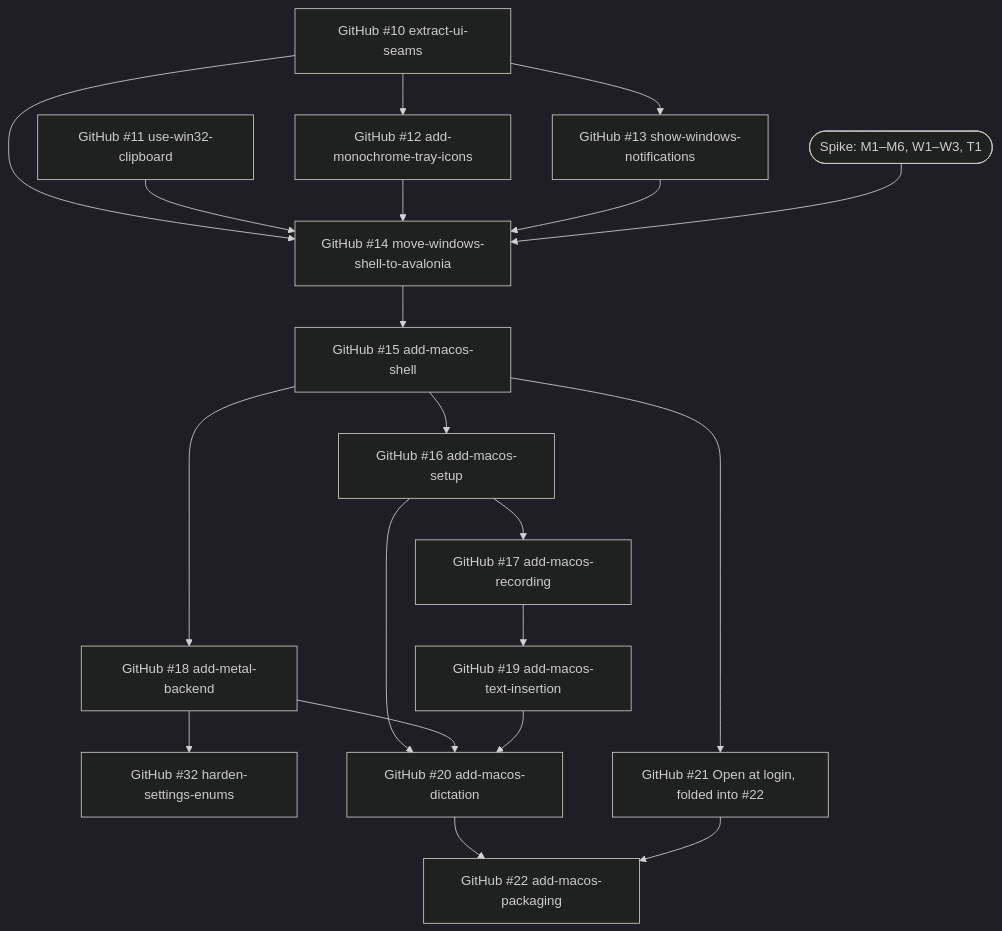
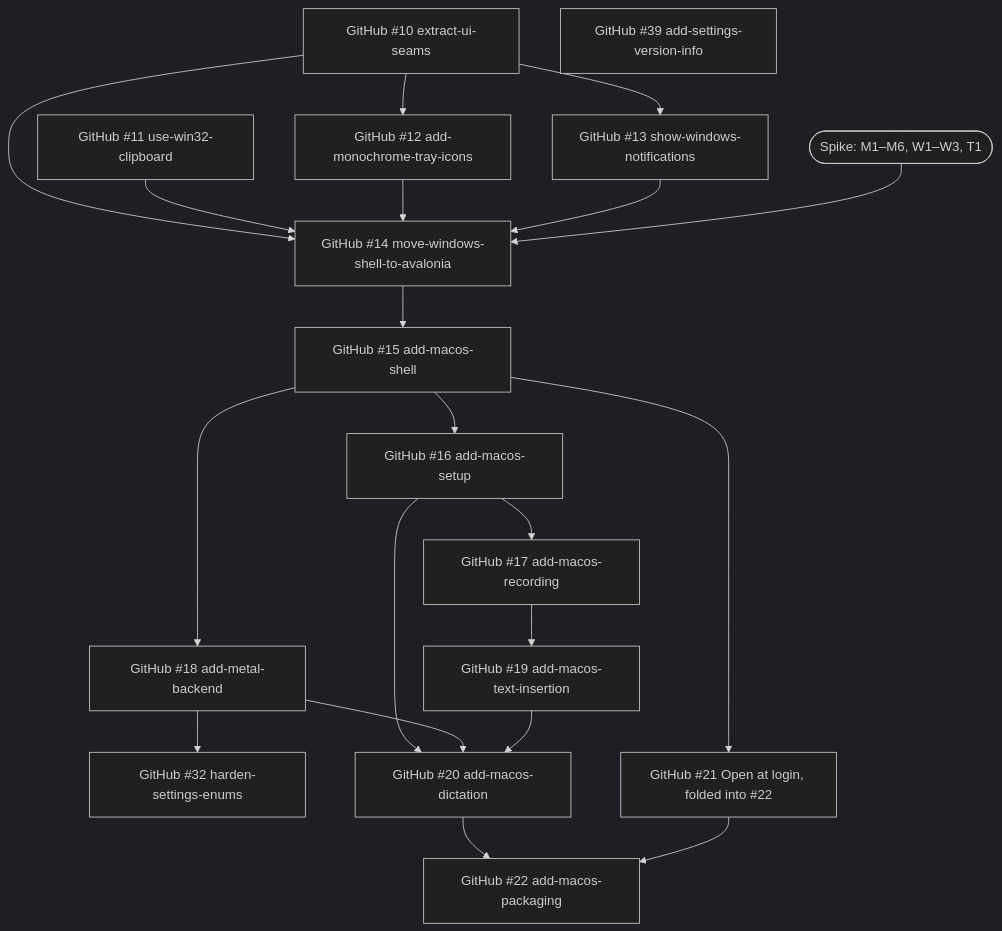
Before and after one commit to mschnecke/pisum-transcribe: the second of 2 diagrams in docs/roadmap.md, drawn with Mermaid (dark theme). The commit also changed other lines of this file and 15 other files, not shown here.

First line of the commit message:
add-settings-version-info (#39): the settings show the running version (#42)

````diff
--- a/docs/roadmap.md
+++ b/docs/roadmap.md
@@ -77,22 +77,23 @@
 ```mermaid
 graph TD
     G10["GitHub #10 extract-ui-seams"] --> G12["GitHub #12 add-monochrome-tray-icons"]
     G10 --> G13["GitHub #13 show-windows-notifications"]
     G10 --> G14["GitHub #14 move-windows-shell-to-avalonia"]
     G11["GitHub #11 use-win32-clipboard"] --> G14
     G12 --> G14
     G13 --> G14
     SP(["Spike: M1–M6, W1–W3, T1"]) --> G14
     G14 --> G15["GitHub #15 add-macos-shell"]
     G15 --> G16["GitHub #16 add-macos-setup"]
     G16 --> G17["GitHub #17 add-macos-recording"]
     G15 --> G18["GitHub #18 add-metal-backend"]
     G18 --> G32["GitHub #32 harden-settings-enums"]
+    G39["GitHub #39 add-settings-version-info"]
     G15 --> G21["GitHub #21 Open at login, folded into #22"]
     G17 --> G19["GitHub #19 add-macos-text-insertion"]
     G16 --> G20["GitHub #20 add-macos-dictation"]
     G18 --> G20
     G19 --> G20
     G20 --> G22["GitHub #22 add-macos-packaging"]
     G21 --> G22
 ```
````
